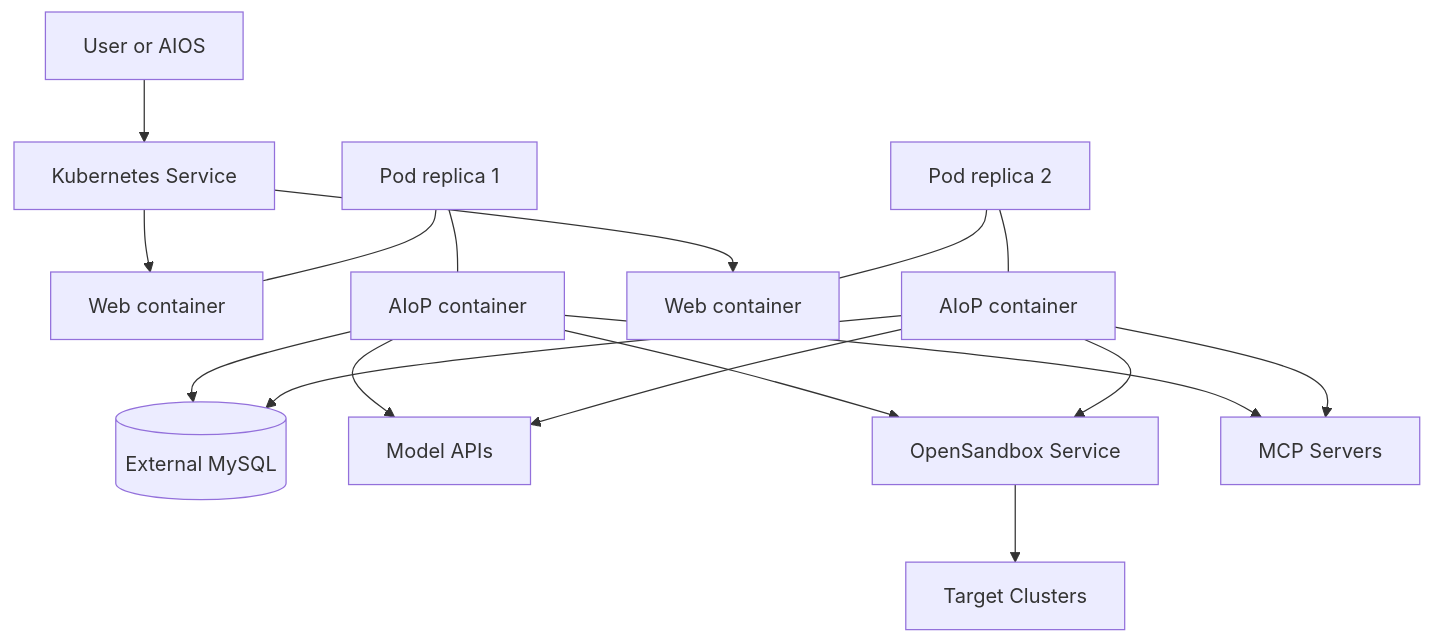
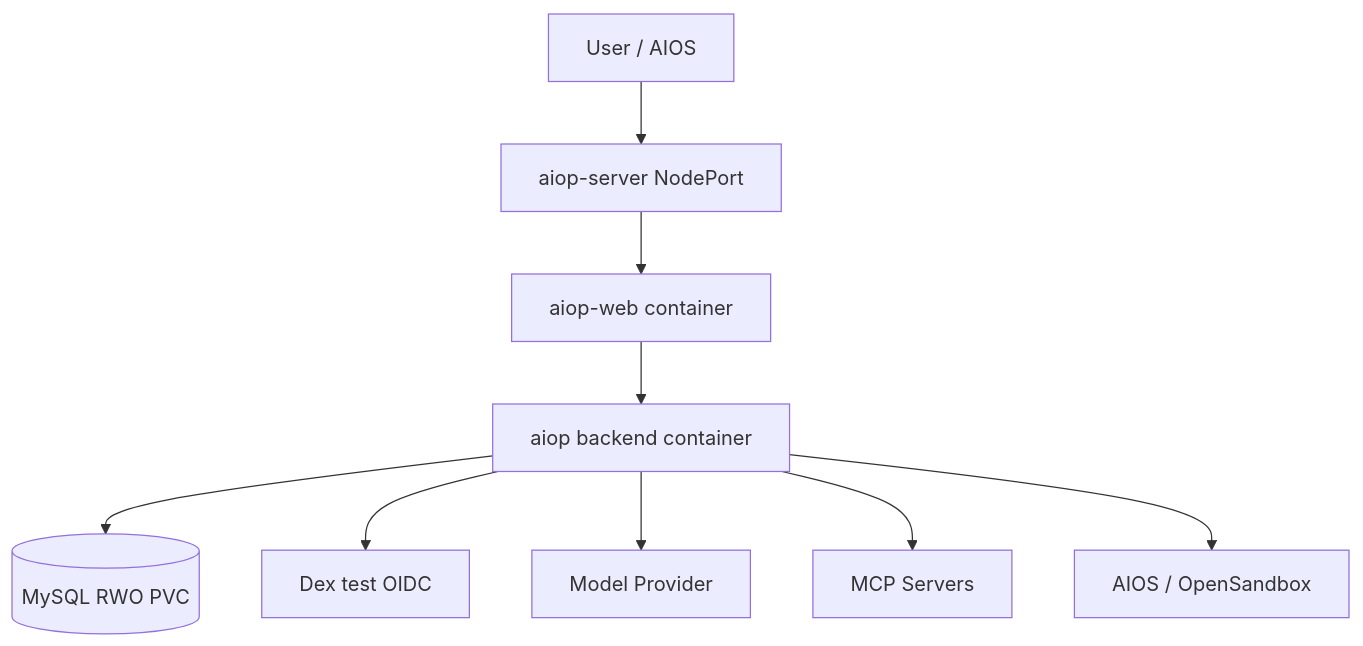
One commit to Wpxknight/agentdemo changed the diagram in docs/design/10-deployment-observability.md. Above: the diagram before and after it, drawn with Mermaid. The commit also changed other lines of this file and 4 other files, not shown here.

````diff
--- a/docs/design/10-deployment-observability.md
+++ b/docs/design/10-deployment-observability.md
@@ -5,33 +7,20 @@
-~~~mermaid
+```mermaid
 flowchart TB
-  User[User or AIOS]
-  Svc[Kubernetes Service]
-  Pod1[Pod replica 1]
-  Pod2[Pod replica 2]
-  Web1[Web container]
-  API1[AIoP container]
-  Web2[Web container]
-  API2[AIoP container]
-  DB[(External MySQL)]
-  Model[Model APIs]
-  OS[OpenSandbox Service]
+  User[User / AIOS]
+  Service[aiop-server NodePort]
+  Web[aiop-web container]
+  API[aiop backend container]
+  MySQL[(MySQL RWO PVC)]
+  Dex[Dex test OIDC]
+  Model[Model Provider]
   MCP[MCP Servers]
-  K8s[Target Clusters]
+  Sandbox[AIOS / OpenSandbox]
 
-  User --> Svc
-  Svc --> Web1
-  Svc --> Web2
-  Pod1 --- Web1
-  Pod1 --- API1
-  Pod2 --- Web2
-  Pod2 --- API2
-  API1 --> DB
-  API2 --> DB
-  API1 --> Model
-  API2 --> Model
-  API1 --> OS
-  API2 --> OS
-  API1 --> MCP
-  API2 --> MCP
-  OS --> K8s
-~~~
+  User --> Service --> Web
+  Web --> API
+  API --> MySQL
+  API --> Dex
+  API --> Model
+  API --> MCP
+  API --> Sandbox
+```
````
